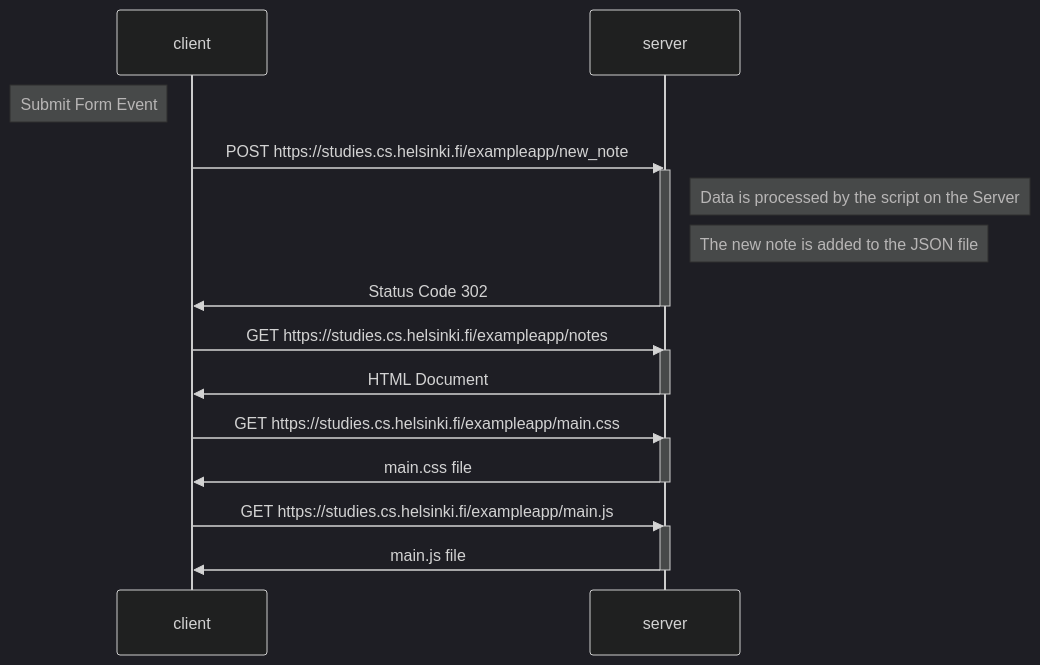
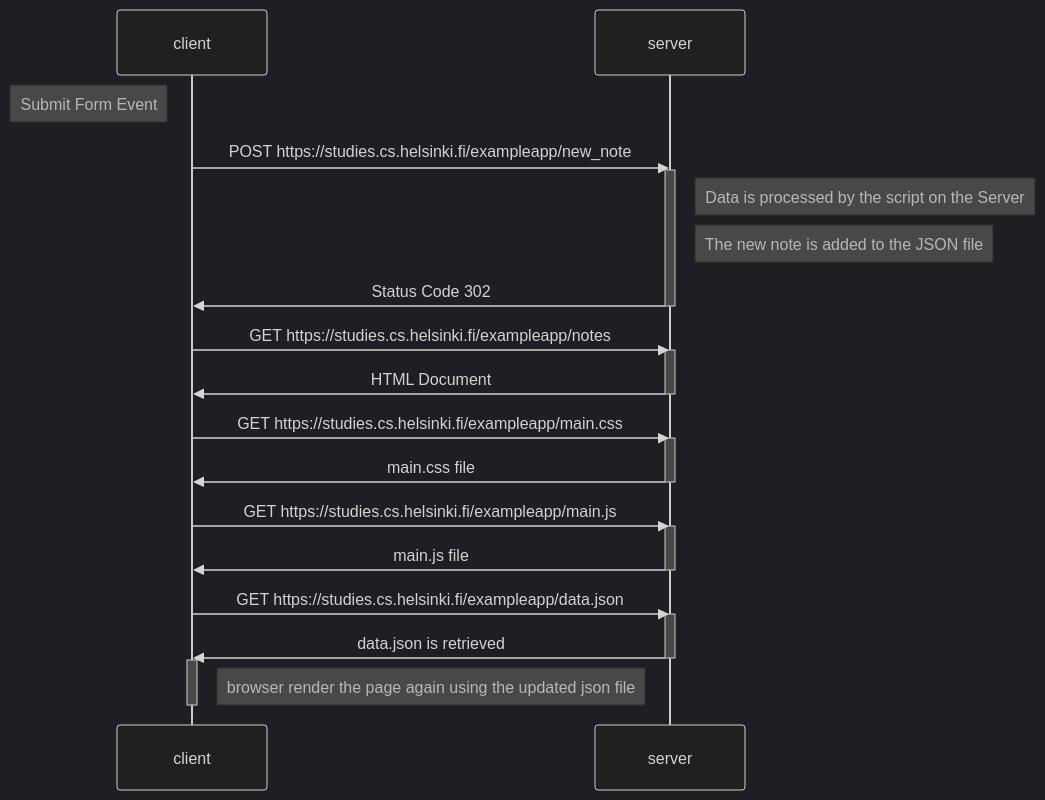
One commit to glaloggia/fullstackopen changed the diagram in part0ex4.md. Above: the diagram before and after it, drawn with Mermaid (dark theme).

````diff
--- a/part0ex4.md
+++ b/part0ex4.md
@@ -1,25 +1,32 @@
 ```mermaid
 sequenceDiagram
     participant client
     participant server
 
     note left of client: Submit Form Event
     client->>server: POST https://studies.cs.helsinki.fi/exampleapp/new_note
     activate server
     note right of server: Data is processed by the script on the Server
         note right of server: The new note is added to the JSON file
     server->>client: Status Code 302
     deactivate server
     client->>server: GET https://studies.cs.helsinki.fi/exampleapp/notes
     activate server
     server->>client: HTML Document
     deactivate server
     client->>server: GET https://studies.cs.helsinki.fi/exampleapp/main.css
     activate server
     server->>client: main.css file
     deactivate server
     client->>server: GET https://studies.cs.helsinki.fi/exampleapp/main.js
     activate server
     server->>client: main.js file
     deactivate server
+    client->>server: GET https://studies.cs.helsinki.fi/exampleapp/data.json
+    activate server
+    server->>client: data.json is retrieved
+    deactivate server
+    activate client
+    note right of client: browser render the page again using the updated json file
+    deactivate client
 ```
````
